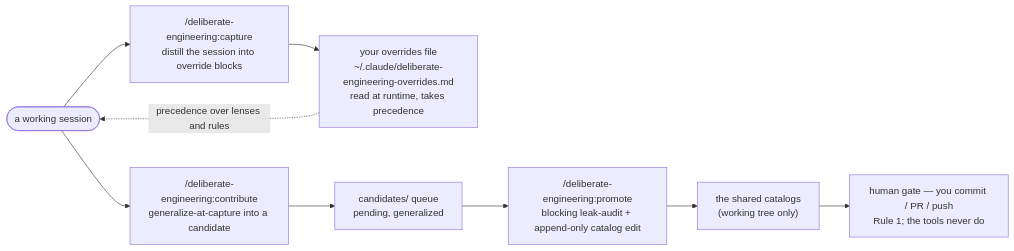
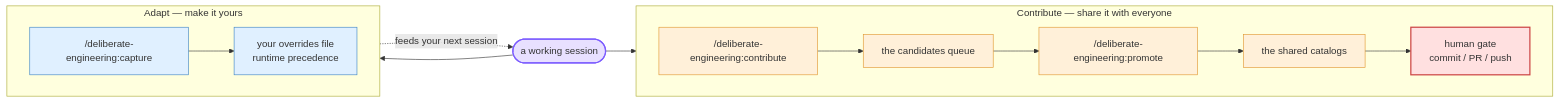
One commit to lucasfugisawa/deliberate-engineering changed the second of 2 diagrams in docs/architecture-and-usage.md. Above: the diagram before and after it, drawn with Mermaid. The commit also changed other lines of this file, not shown here.

Commit message:
docs: declutter architecture diagrams — trim nodes, color by layer, label the two extensibility paths

````diff
--- a/docs/architecture-and-usage.md
+++ b/docs/architecture-and-usage.md
@@ -35,15 +44,34 @@
 ```mermaid
 flowchart LR
     session(["a working session"])
-    overrides["your overrides file<br/>~/.claude/deliberate-engineering-overrides.md<br/>read at runtime, takes precedence"]
-    capture["/deliberate-engineering:capture<br/>distill the session into override blocks"]
-    contribute["/deliberate-engineering:contribute<br/>generalize-at-capture into a candidate"]
-    queue["candidates/ queue<br/>pending, generalized"]
-    promote["/deliberate-engineering:promote<br/>blocking leak-audit + append-only catalog edit"]
-    catalog["the shared catalogs<br/>(working tree only)"]
-    gate["human gate — you commit / PR / push<br/>Rule 1; the tools never do"]
 
-    session --> capture --> overrides
-    overrides -.->|precedence over lenses and rules| session
-    session --> contribute --> queue --> promote --> catalog --> gate
+    subgraph adapt["Adapt — make it yours"]
+        direction LR
+        capture["/deliberate-engineering:capture"]
+        overrides["your overrides file<br/>runtime precedence"]
+        capture --> overrides
+    end
+
+    subgraph share["Contribute — share it with everyone"]
+        direction LR
+        contribute["/deliberate-engineering:contribute"]
+        queue["the candidates queue"]
+        promote["/deliberate-engineering:promote"]
+        catalog["the shared catalogs"]
+        gate["human gate<br/>commit / PR / push"]
+        contribute --> queue --> promote --> catalog --> gate
+    end
+
+    session --> capture
+    session --> contribute
+    overrides -.->|feeds your next session| session
+
+    classDef session fill:#e8e0ff,stroke:#7c5cff,stroke-width:2px;
+    classDef adopter fill:#e0f0ff,stroke:#3b82c4,stroke-width:1px;
+    classDef author fill:#fff0d9,stroke:#e0962e,stroke-width:1px;
+    classDef gate fill:#ffe0e0,stroke:#cc4444,stroke-width:2px;
+    class session session
+    class capture,overrides adopter
+    class contribute,queue,promote,catalog author
+    class gate gate
 ```
````
